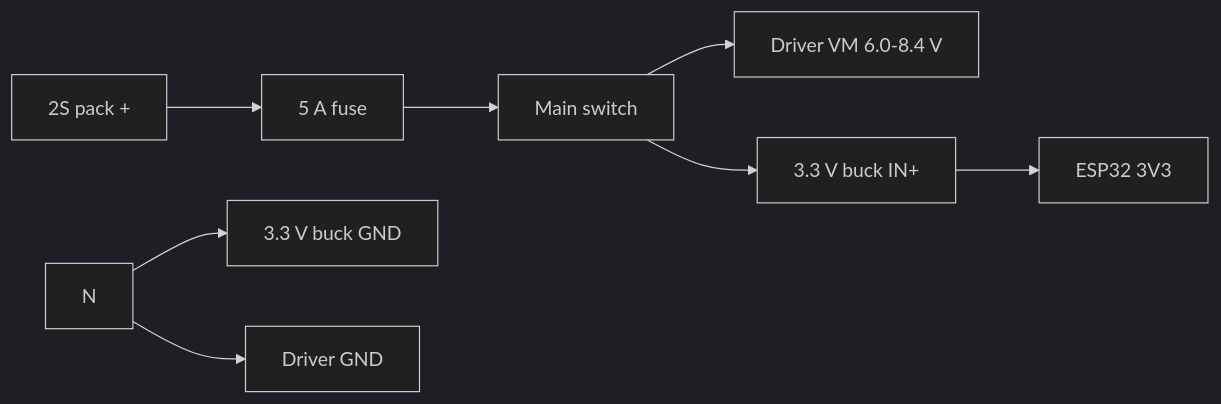
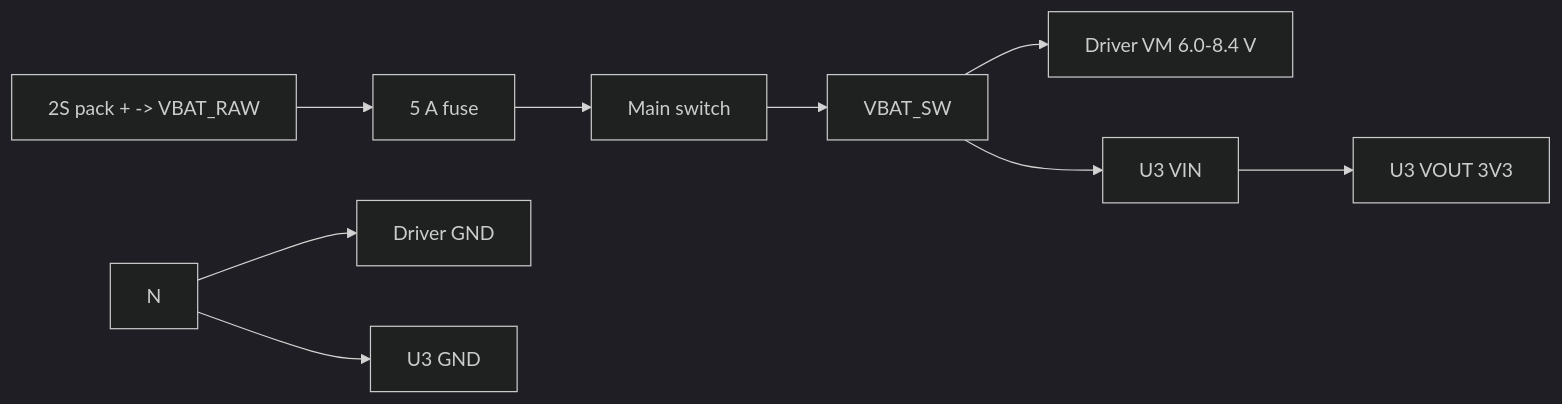
Before and after one commit to Hackerspace-drenthe/www.roboktober.nl: the diagram in electronics/wiring/antweight-controller-v2-2s.md, drawn with Mermaid (dark theme). The commit also changed other lines of this file and 11 other files, not shown here.

````diff
--- a/electronics/wiring/antweight-controller-v2-2s.md
+++ b/electronics/wiring/antweight-controller-v2-2s.md
@@ -26,10 +26,11 @@
 ```mermaid
 flowchart LR
-    P[2S pack +] --> F[5 A fuse]
+    P[2S pack + -> VBAT_RAW] --> F[5 A fuse]
     F --> S[Main switch]
-    S --> VM[Driver VM 6.0-8.4 V]
-    S --> LI[3.3 V buck IN+]
-    N --> LG[3.3 V buck GND]
-    LI --> V3[ESP32 3V3]
+    S --> VB[VBAT_SW]
+    VB --> VM[Driver VM 6.0-8.4 V]
+    VB --> U[U3 VIN]
+    U --> V3[U3 VOUT 3V3]
     N --> DG[Driver GND]
+    N --> UG[U3 GND]
 ```
````
